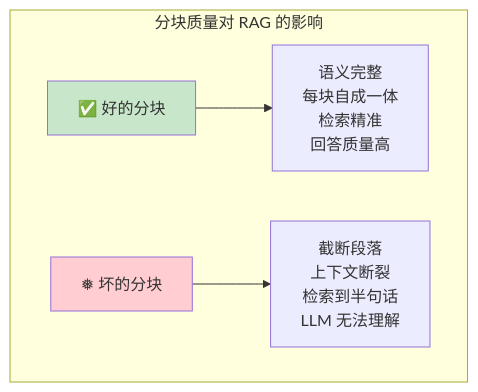
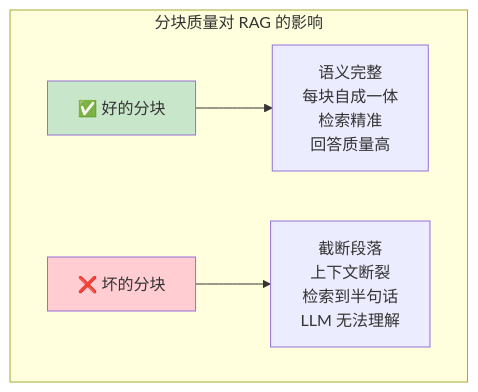
The fourth of 9 diagrams in docs/项目/01-智能文档助手/02-迭代一-文档解析与向量化.md (UranusGit/java-agent-learn), drawn with Mermaid before and after one commit. The commit also changed other lines of this file and 206 other files, not shown here.

````diff
--- a/docs/项目/01-智能文档助手/02-迭代一-文档解析与向量化.md
+++ b/docs/项目/01-智能文档助手/02-迭代一-文档解析与向量化.md
@@ -246,16 +274,16 @@
 ```mermaid
 graph TB
     subgraph 分块影响["分块质量对 RAG 的影响"]
         GOOD["✅ 好的分块"]
         GOOD_NOTE["语义完整<br/>每块自成一体<br/>检索精准<br/>回答质量高"]
 
-        BAD["❅ 坏的分块"]
+        BAD["❌ 坏的分块"]
         BAD_NOTE["截断段落<br/>上下文断裂<br/>检索到半句话<br/>LLM 无法理解"]
     end
 
     GOOD --> GOOD_NOTE
     BAD --> BAD_NOTE
 
     style GOOD fill:#c8e6c9
     style BAD fill:#ffcdd2
 ```
````
